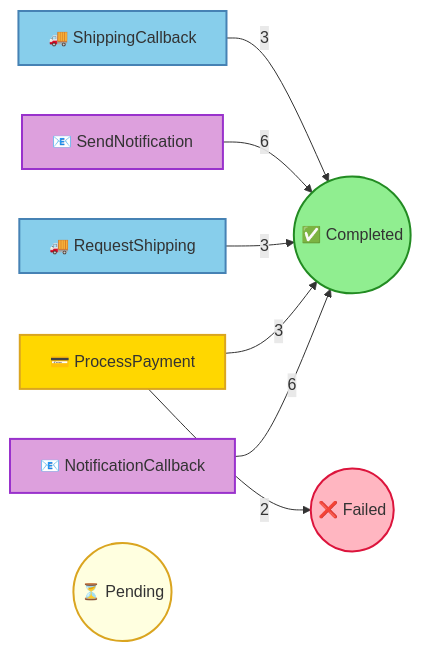
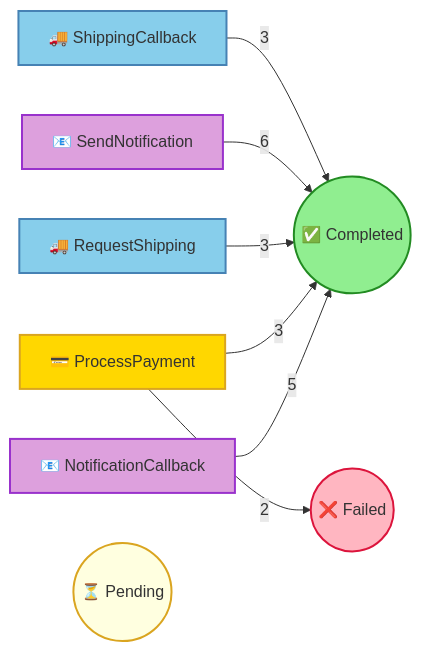
Before and after one commit to Iterable/mechanoid: the diagram in docs/visualizations/command-queue.md, drawn with Mermaid. The commit also changed other lines of this file and 6 other files, not shown here.

````diff
--- a/docs/visualizations/command-queue.md
+++ b/docs/visualizations/command-queue.md
@@ -15,29 +15,29 @@
 ```mermaid
 flowchart LR
     cmd0["📧 NotificationCallback"]
     cmd1["💳 ProcessPayment"]
     cmd2["🚚 RequestShipping"]
     cmd3["📧 SendNotification"]
     cmd4["🚚 ShippingCallback"]
 
     completed(("✅ Completed"))
     failed(("❌ Failed"))
     pending(("⏳ Pending"))
 
     style completed fill:#90EE90,stroke:#228B22,stroke-width:2px
     style failed fill:#FFB6C1,stroke:#DC143C,stroke-width:2px
     style pending fill:#FFFFE0,stroke:#DAA520,stroke-width:2px
 
     style cmd0 fill:#DDA0DD,stroke:#9932CC,stroke-width:2px
     style cmd1 fill:#FFD700,stroke:#DAA520,stroke-width:2px
     style cmd2 fill:#87CEEB,stroke:#4682B4,stroke-width:2px
     style cmd3 fill:#DDA0DD,stroke:#9932CC,stroke-width:2px
     style cmd4 fill:#87CEEB,stroke:#4682B4,stroke-width:2px
 
-    cmd0 -->|6| completed
+    cmd0 -->|5| completed
     cmd1 -->|3| completed
     cmd1 -->|2| failed
     cmd2 -->|3| completed
     cmd3 -->|6| completed
     cmd4 -->|3| completed
 ```
````
